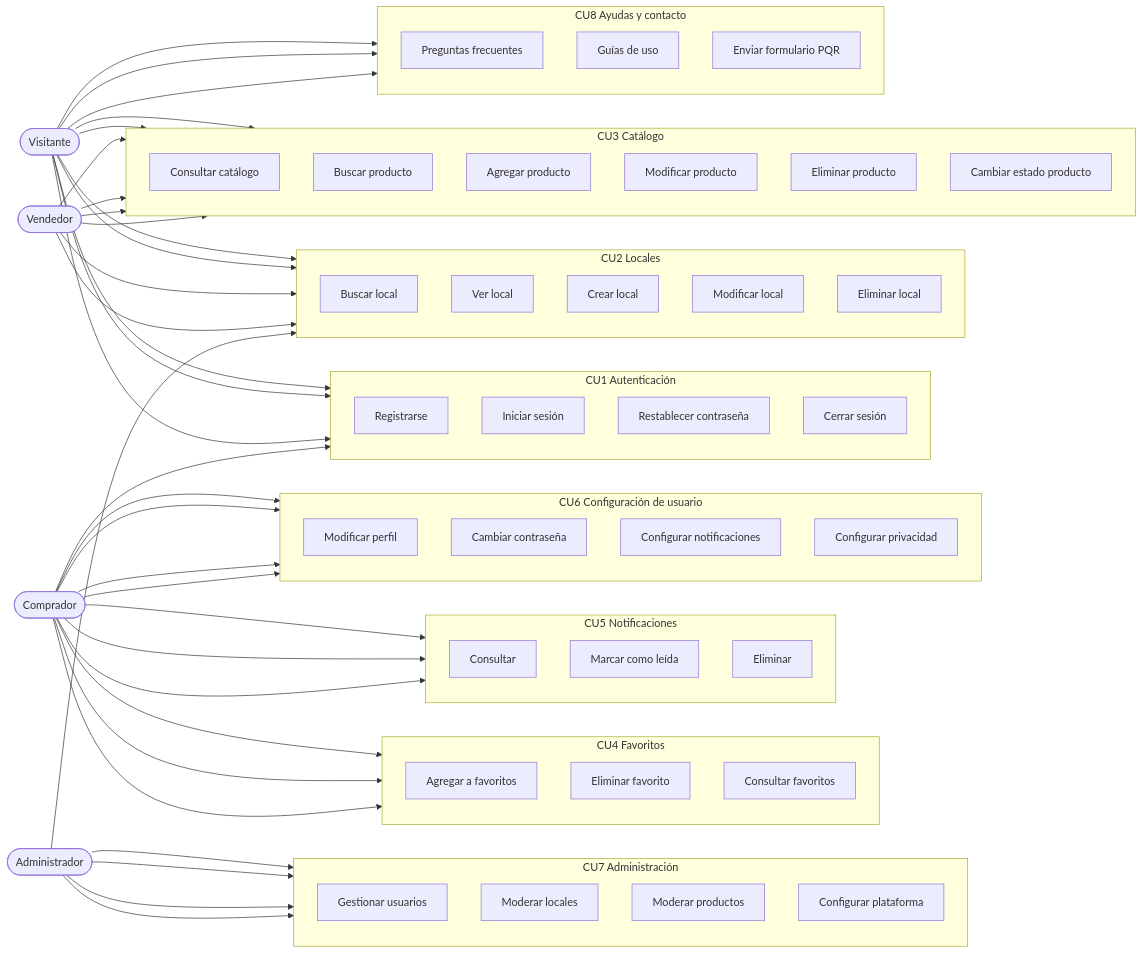
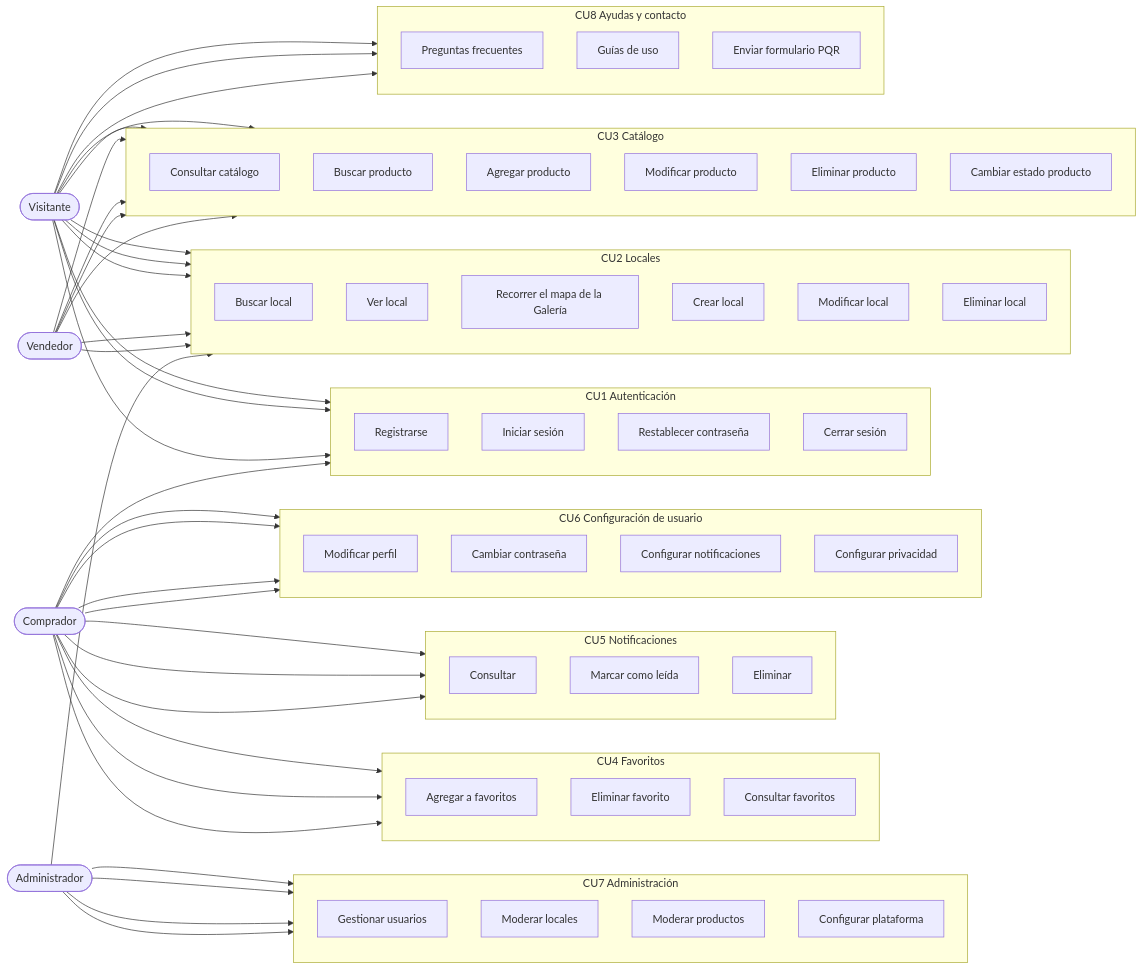
The diagram in docs/diagramas/casos-de-uso.md (mihzuk/Galezarzal), drawn with Mermaid before and after one commit. The commit also changed 7 other files, not shown here.

Commit message:
feat(mapa): mapa interactivo de la Galería con estado abierto o cerrado (#71)

````diff
--- a/docs/diagramas/casos-de-uso.md
+++ b/docs/diagramas/casos-de-uso.md
@@ -7,69 +7,70 @@
 ```mermaid
 flowchart LR
     V([Visitante])
     C([Comprador])
     S([Vendedor])
     A([Administrador])
 
     subgraph CU1[CU1 Autenticación]
         direction TB
         CU11[Registrarse]
         CU12[Iniciar sesión]
         CU13[Restablecer contraseña]
         CU14[Cerrar sesión]
     end
     subgraph CU2[CU2 Locales]
         direction TB
         CU24[Buscar local]
         CU25[Ver local]
+        CU26[Recorrer el mapa de la Galería]
         CU21[Crear local]
         CU22[Modificar local]
         CU23[Eliminar local]
     end
     subgraph CU3[CU3 Catálogo]
         direction TB
         CU31[Consultar catálogo]
         CU32[Buscar producto]
         CU33[Agregar producto]
         CU34[Modificar producto]
         CU35[Eliminar producto]
         CU36[Cambiar estado producto]
     end
     subgraph CU4[CU4 Favoritos]
         direction TB
         CU41[Agregar a favoritos]
         CU42[Eliminar favorito]
         CU43[Consultar favoritos]
     end
     subgraph CU5[CU5 Notificaciones]
         direction TB
         CU51[Consultar]
         CU52[Marcar como leída]
         CU53[Eliminar]
     end
     subgraph CU6[CU6 Configuración de usuario]
         direction TB
         CU61[Modificar perfil]
         CU62[Cambiar contraseña]
         CU63[Configurar notificaciones]
         CU64[Configurar privacidad]
     end
     subgraph CU7[CU7 Administración]
         direction TB
         CU71[Gestionar usuarios]
         CU72[Moderar locales]
         CU73[Moderar productos]
         CU74[Configurar plataforma]
     end
     subgraph CU8[CU8 Ayudas y contacto]
         direction TB
         CU81[Preguntas frecuentes]
         CU82[Guías de uso]
         CU83[Enviar formulario PQR]
     end
 
-    V --> CU11 & CU12 & CU13 & CU24 & CU25 & CU31 & CU32 & CU81 & CU82 & CU83
+    V --> CU11 & CU12 & CU13 & CU24 & CU25 & CU26 & CU31 & CU32 & CU81 & CU82 & CU83
     C --> CU14 & CU41 & CU42 & CU43 & CU51 & CU52 & CU53 & CU61 & CU62 & CU63 & CU64
     S --> CU21 & CU22 & CU33 & CU34 & CU35 & CU36
     A --> CU23 & CU71 & CU72 & CU73 & CU74
 ```
````
